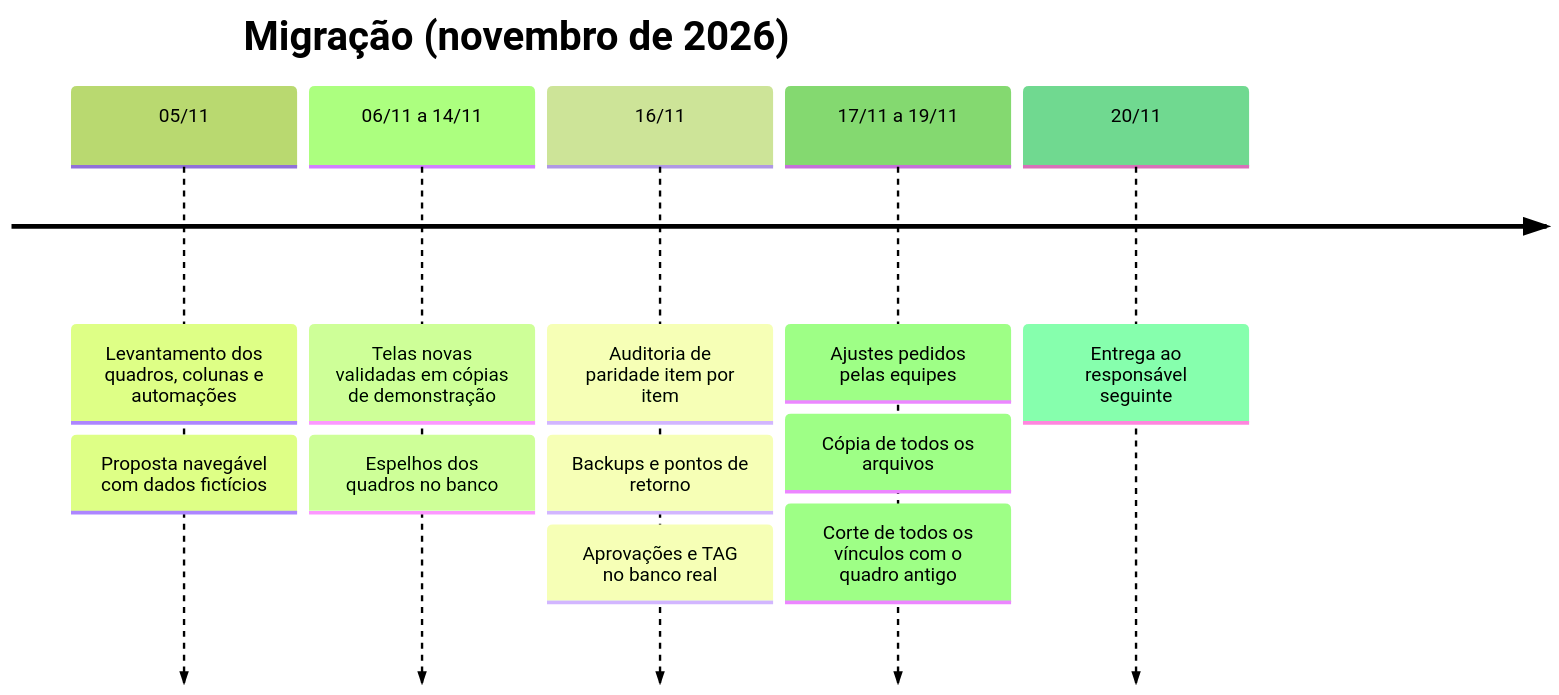
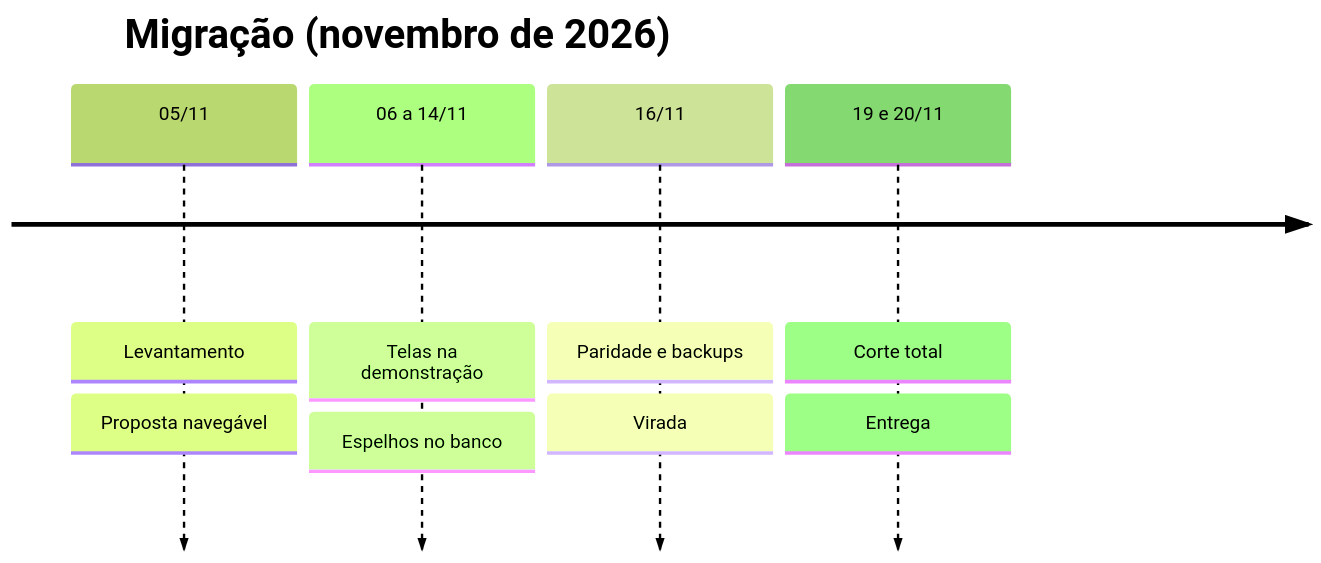
The diagram in docs/12-migracao.md (Taveshu19/plataforma-notas-fiscais), drawn with Mermaid (forest theme) before and after one commit. The commit also changed 9 other files, not shown here.

First line of the commit message:
Diagramas legíveis no GitHub e sem erro de sintaxe

````diff
--- a/docs/12-migracao.md
+++ b/docs/12-migracao.md
@@ -7,9 +7,8 @@
 ```mermaid
 timeline
   title Migração (novembro de 2026)
-  05/11 : Levantamento dos quadros, colunas e automações : Proposta navegável com dados fictícios
-  06/11 a 14/11 : Telas novas validadas em cópias de demonstração : Espelhos dos quadros no banco
-  16/11 : Auditoria de paridade item por item : Backups e pontos de retorno : Aprovações e TAG no banco real
-  17/11 a 19/11 : Ajustes pedidos pelas equipes : Cópia de todos os arquivos : Corte de todos os vínculos com o quadro antigo
-  20/11 : Entrega ao responsável seguinte
+  05/11 : Levantamento : Proposta navegável
+  06 a 14/11 : Telas na demonstração : Espelhos no banco
+  16/11 : Paridade e backups : Virada
+  19 e 20/11 : Corte total : Entrega
 ```
````
